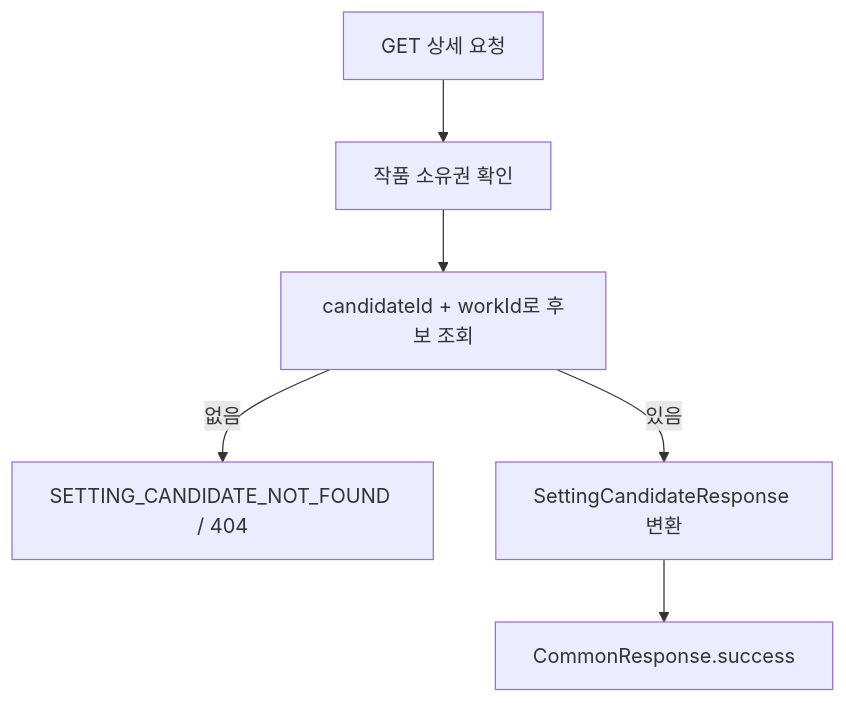
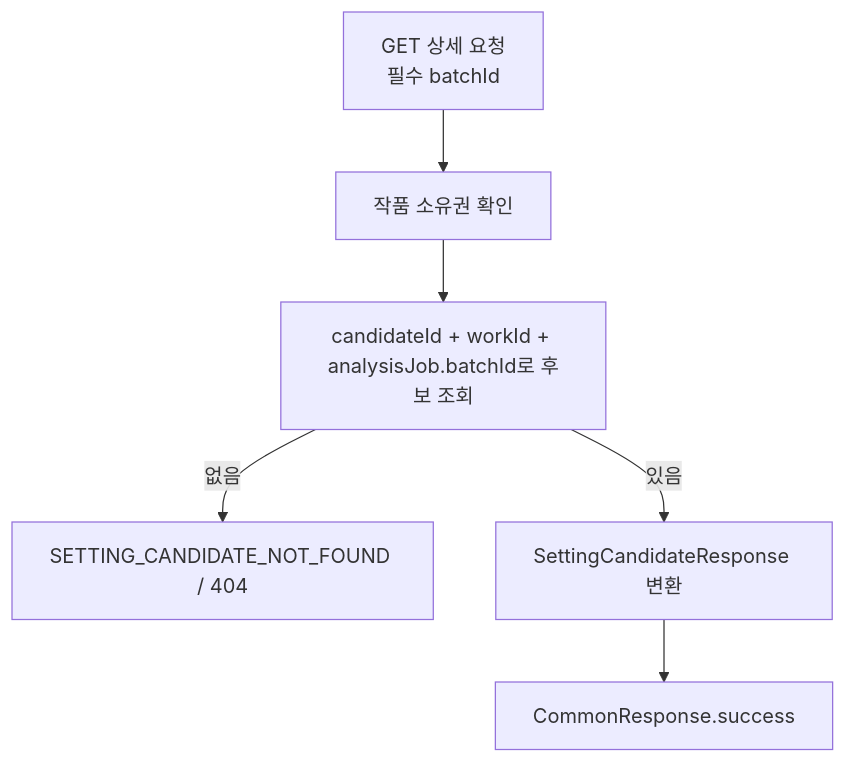
The sixth of 8 diagrams in docs/character.md (catchhole-soma/catchhole-backend-java), drawn with Mermaid before and after one commit. The commit also changed other lines of this file and 16 other files, not shown here.

````diff
--- a/docs/character.md
+++ b/docs/character.md
@@ -745,9 +762,9 @@
 ```mermaid
 flowchart TD
-    A["GET 상세 요청"] --> B["작품 소유권 확인"]
-    B --> C["candidateId + workId로 후보 조회"]
+    A["GET 상세 요청<br/>필수 batchId"] --> B["작품 소유권 확인"]
+    B --> C["candidateId + workId + analysisJob.batchId로 후보 조회"]
 
     C -->|없음| D["SETTING_CANDIDATE_NOT_FOUND / 404"]
     C -->|있음| E["SettingCandidateResponse 변환"]
     E --> F["CommonResponse.success"]
 ```
````
